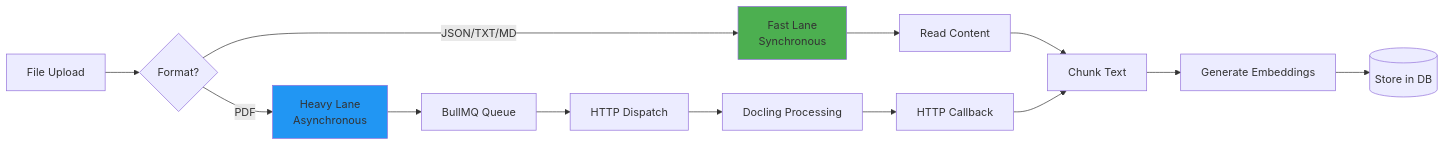
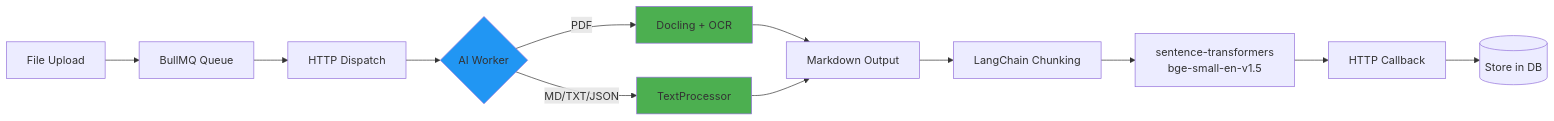
The third of 7 diagrams in docs/ARCHITECTURE.md (namtroi/RAGBase), drawn with Mermaid before and after one commit. The commit also changed other lines of this file and 7 other files, not shown here.

Commit message:
docs: update API and Architecture for Phase 2, add Phase 3 specs and roadmap

````diff
--- a/docs/ARCHITECTURE.md
+++ b/docs/ARCHITECTURE.md
@@ -83,21 +81,21 @@
 ```mermaid
 graph LR
-    Upload[File Upload] --> Router{Format?}
+    Upload[File Upload] --> Queue[BullMQ Queue]
+    Queue --> Dispatch[HTTP Dispatch]
+    Dispatch --> AIWorker{AI Worker}
     
-    Router -->|JSON/TXT/MD| FastLane[Fast Lane<br/>Synchronous]
-    Router -->|PDF| HeavyLane[Heavy Lane<br/>Asynchronous]
+    AIWorker -->|PDF| Docling[Docling + OCR]
+    AIWorker -->|MD/TXT/JSON| TextProcessor[TextProcessor]
     
-    FastLane --> Read[Read Content]
-    Read --> Chunk[Chunk Text]
-    Chunk --> Embed[Generate Embeddings]
-    Embed --> Store[(Store in DB)]
+    Docling --> Markdown[Markdown Output]
+    TextProcessor --> Markdown
     
-    HeavyLane --> Queue[BullMQ Queue]
-    Queue --> Dispatch[HTTP Dispatch]
-    Dispatch --> Docling[Docling Processing]
-    Docling --> Callback[HTTP Callback]
-    Callback --> Chunk
+    Markdown --> Chunk[LangChain Chunking]
+    Chunk --> Embed[sentence-transformers<br/>bge-small-en-v1.5]
+    Embed --> Callback[HTTP Callback]
+    Callback --> Store[(Store in DB)]
     
-    style FastLane fill:#4CAF50
-    style HeavyLane fill:#2196F3
+    style AIWorker fill:#2196F3
+    style Docling fill:#4CAF50
+    style TextProcessor fill:#4CAF50
 ```
````
